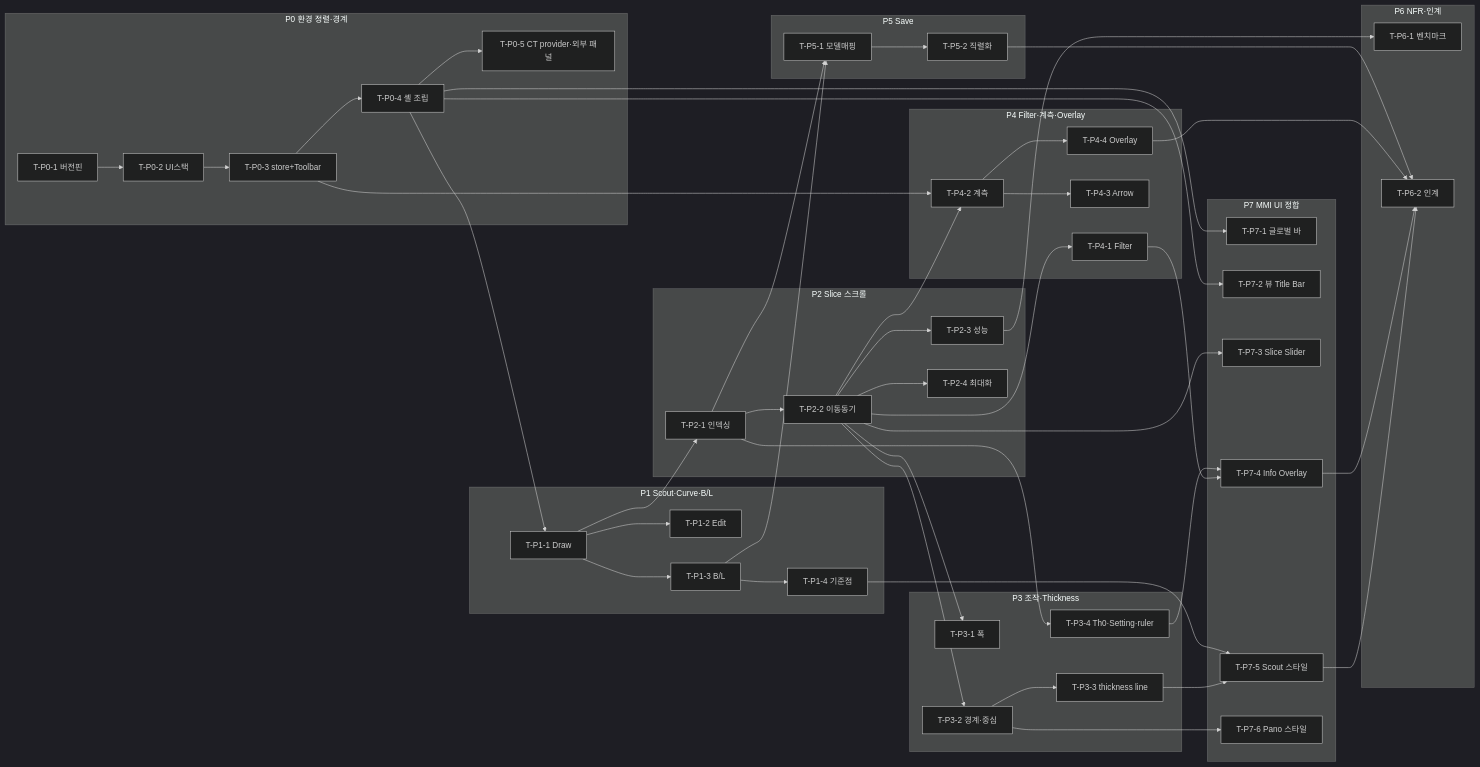
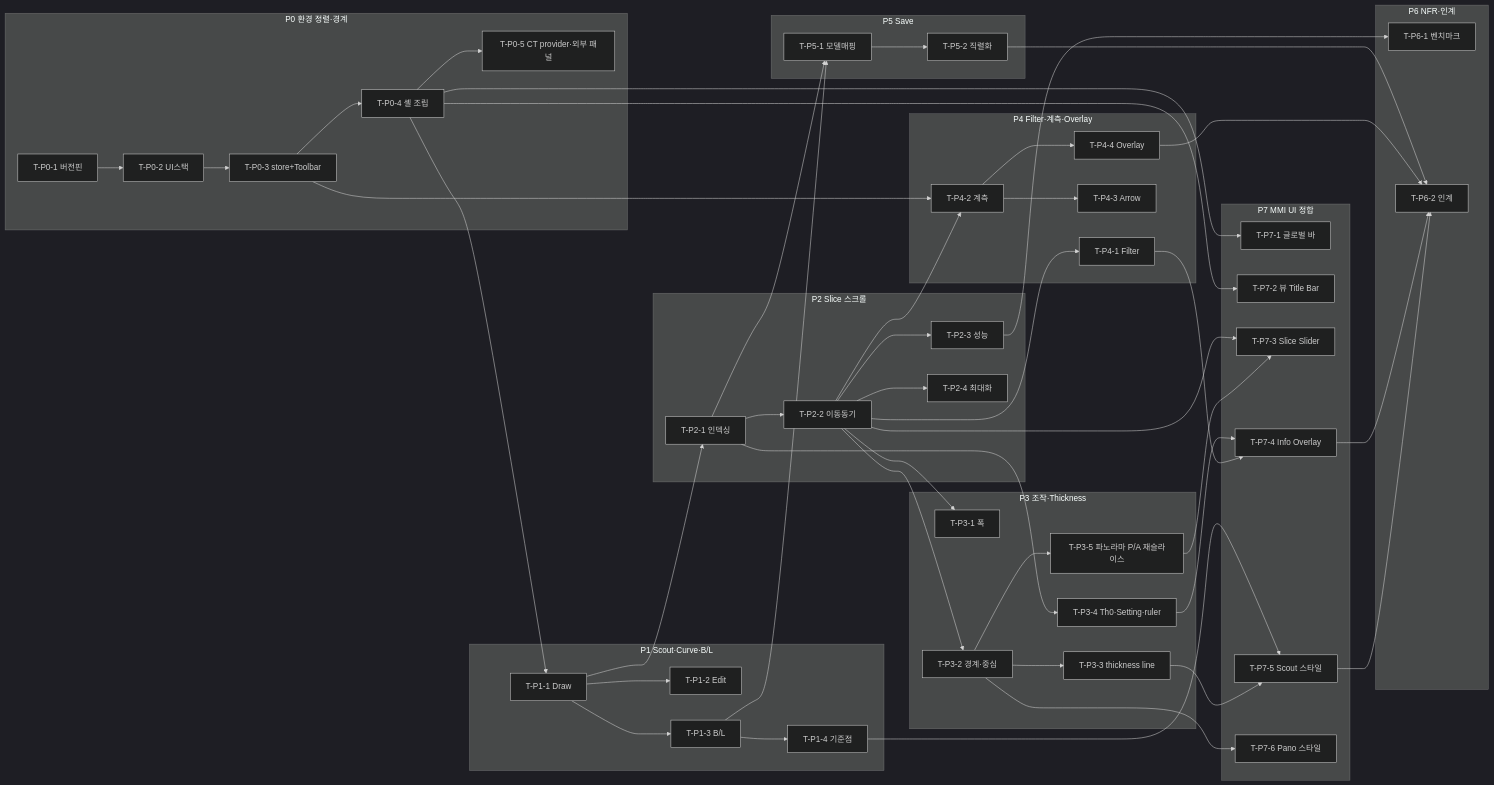
One commit to gracegyu/scp-architecture changed the diagram in docs/SCP Cloud Server 연구/뷰어 관련 연구/WebSectionView/Cloud Web Viewer v1.3.2/Section-Module-ImplementationPlan.md. Above: the diagram before and after it, drawn with Mermaid (dark theme). The commit also changed other lines of this file and 2 other files, not shown here.

Commit message:
문서 업데이트: Cloud Web Viewer v1.3.2의 Section 모듈 구현 계획을 v0.3으로 업데이트하고, MMI 전면 재검토 결과를 반영하여 파노라마 생성 모델을 정정하였습니다. 새로운 Thickness combo 옵션과 Voxel Based Interval을 추가하고, 관련 세부 사항을 구체화하여 프로젝트의 진행 상황을 명확히 하였습니다.

````diff
--- a/docs/SCP Cloud Server 연구/뷰어 관련 연구/WebSectionView/Cloud Web Viewer v1.3.2/Section-Module-ImplementationPlan.md
+++ b/docs/SCP Cloud Server 연구/뷰어 관련 연구/WebSectionView/Cloud Web Viewer v1.3.2/Section-Module-ImplementationPlan.md
@@ -574,58 +590,60 @@
 ```mermaid
 flowchart LR
   subgraph P0[P0 환경 정렬·경계]
     T0a[T-P0-1 버전핀] --> T0b[T-P0-2 UI스택] --> T0c[T-P0-3 store+Toolbar] --> T0d[T-P0-4 셸 조립]
     T0d --> T0e[T-P0-5 CT provider·외부 패널]
   end
   subgraph P1[P1 Scout·Curve·B/L]
     T1a[T-P1-1 Draw] --> T1b[T-P1-2 Edit]
     T1a --> T1c[T-P1-3 B/L] --> T1d[T-P1-4 기준점]
   end
   subgraph P2[P2 Slice 스크롤]
     T2a[T-P2-1 인덱싱] --> T2b[T-P2-2 이동동기] --> T2c[T-P2-3 성능]
     T2b --> T2d[T-P2-4 최대화]
   end
   subgraph P3[P3 조작·Thickness]
     T3a[T-P3-1 폭] 
     T3b[T-P3-2 경계·중심] --> T3c[T-P3-3 thickness line]
+    T3b --> T3e[T-P3-5 파노라마 P/A 재슬라이스]
     T3d[T-P3-4 Th0·Setting·ruler]
   end
   subgraph P4[P4 Filter·계측·Overlay]
     T4a[T-P4-1 Filter]
     T4b[T-P4-2 계측] --> T4c[T-P4-3 Arrow]
     T4b --> T4d[T-P4-4 Overlay]
   end
   subgraph P5[P5 Save]
     T5a[T-P5-1 모델매핑] --> T5b[T-P5-2 직렬화]
   end
   subgraph P7[P7 MMI UI 정합]
     T7a[T-P7-1 글로벌 바]
     T7b[T-P7-2 뷰 Title Bar]
     T7c[T-P7-3 Slice Slider]
     T7d[T-P7-4 Info Overlay]
     T7e[T-P7-5 Scout 스타일]
     T7f[T-P7-6 Pano 스타일]
   end
   subgraph P6[P6 NFR·인계]
     T6a[T-P6-1 벤치마크]
     T6b[T-P6-2 인계]
   end
   T0d --> T1a
   T1a --> T2a
   T2b --> T3a & T3b & T4a & T4b
   T2a --> T3d & T5a
   T0c --> T4b
   T1c --> T5a
   T2c --> T6a
   T5b --> T6b
   T4d --> T6b
   T0d --> T7a & T7b
   T2b --> T7c
+  T3e --> T7c
   T3d --> T7d
   T4a --> T7d
   T1d --> T7e
   T3c --> T7e
   T3b --> T7f
   T7d --> T6b
   T7e --> T6b
 ```
````
